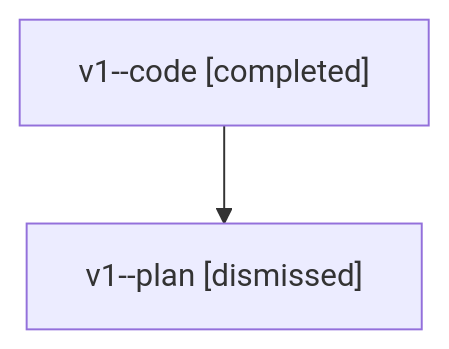
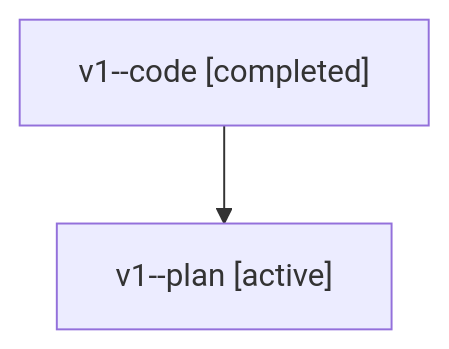
The diagram in families/bbugyi200.athena.v1.md (sase-org/sase--agents), drawn with Mermaid before and after one commit. The commit also changed other lines of this file and 35830 other files, not shown here.

````diff
--- a/families/bbugyi200.athena.v1.md
+++ b/families/bbugyi200.athena.v1.md
@@ -9,6 +9,6 @@
 ```mermaid
 flowchart TD
   n0["v1--code [completed]"]
-  n1["v1--plan [dismissed]"]
+  n1["v1--plan [active]"]
   n0 --> n1
 ```
````
